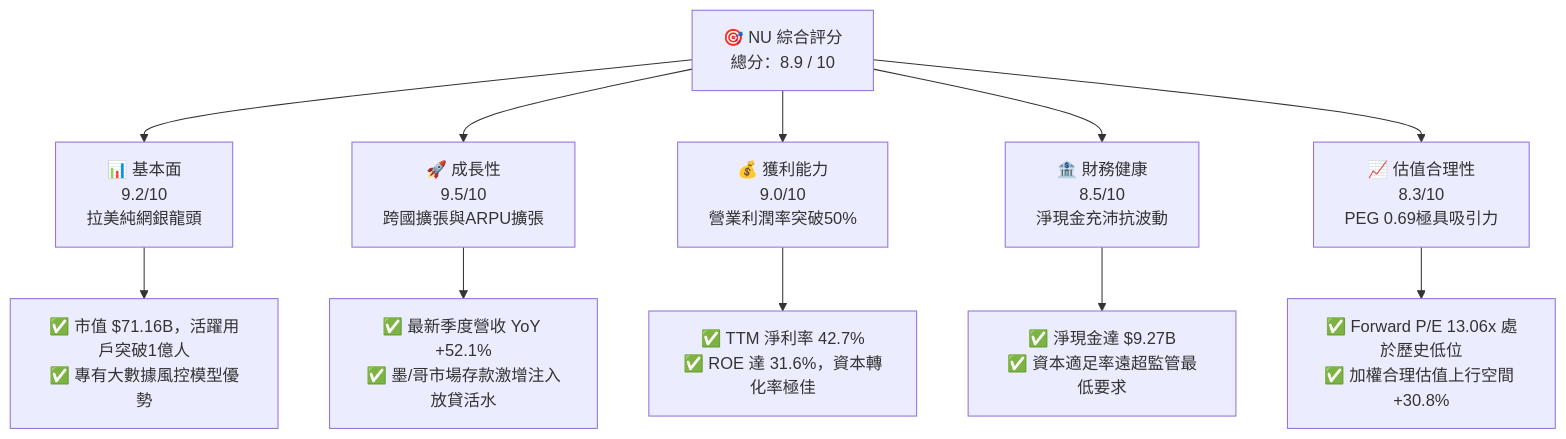
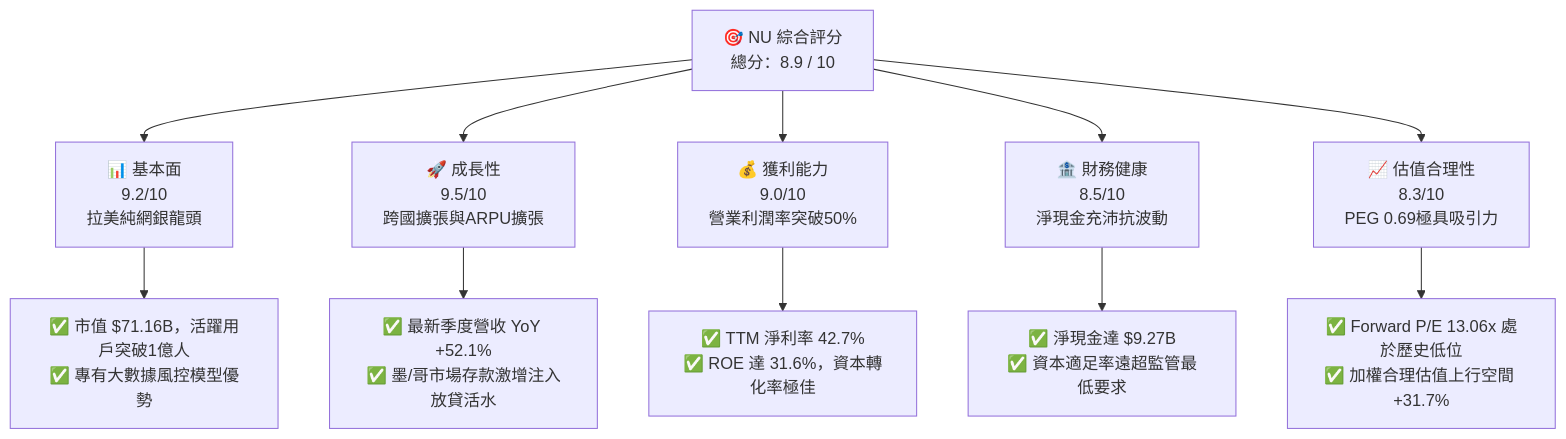
Before and after one commit to yennanliu/finance_data: the first of 15 diagrams in ai_gen_report/fundamental/nu/fundamental_analysis_2026-10-22_gemini.md, drawn with Mermaid. The commit also changed other lines of this file and 339 other files, not shown here.

````diff
--- a/ai_gen_report/fundamental/nu/fundamental_analysis_2026-10-22_gemini.md
+++ b/ai_gen_report/fundamental/nu/fundamental_analysis_2026-10-22_gemini.md
@@ -60,22 +67,22 @@
 ```mermaid
 graph TD
     TICKER["🎯 NU 綜合評分<br/>總分：8.9 / 10"]
 
     F["📊 基本面<br/>9.2/10<br/>拉美純網銀龍頭"]
     G["🚀 成長性<br/>9.5/10<br/>跨國擴張與ARPU擴張"]
     P["💰 獲利能力<br/>9.0/10<br/>營業利潤率突破50%"]
     B["🏦 財務健康<br/>8.5/10<br/>淨現金充沛抗波動"]
     V["📈 估值合理性<br/>8.3/10<br/>PEG 0.69極具吸引力"]
 
     TICKER --> F
     TICKER --> G
     TICKER --> P
     TICKER --> B
     TICKER --> V
 
     F --> F1["✅ 市值 $71.16B，活躍用戶突破1億人<br/>✅ 專有大數據風控模型優勢"]
     G --> G1["✅ 最新季度營收 YoY +52.1%<br/>✅ 墨/哥市場存款激增注入放貸活水"]
     P --> P1["✅ TTM 淨利率 42.7%<br/>✅ ROE 達 31.6%，資本轉化率極佳"]
     B --> B1["✅ 淨現金達 $9.27B<br/>✅ 資本適足率遠超監管最低要求"]
-    V --> V1["✅ Forward P/E 13.06x 處於歷史低位<br/>✅ 加權合理估值上行空間 +30.8%"]
+    V --> V1["✅ Forward P/E 13.06x 處於歷史低位<br/>✅ 加權合理估值上行空間 +31.7%"]
 ```
````
